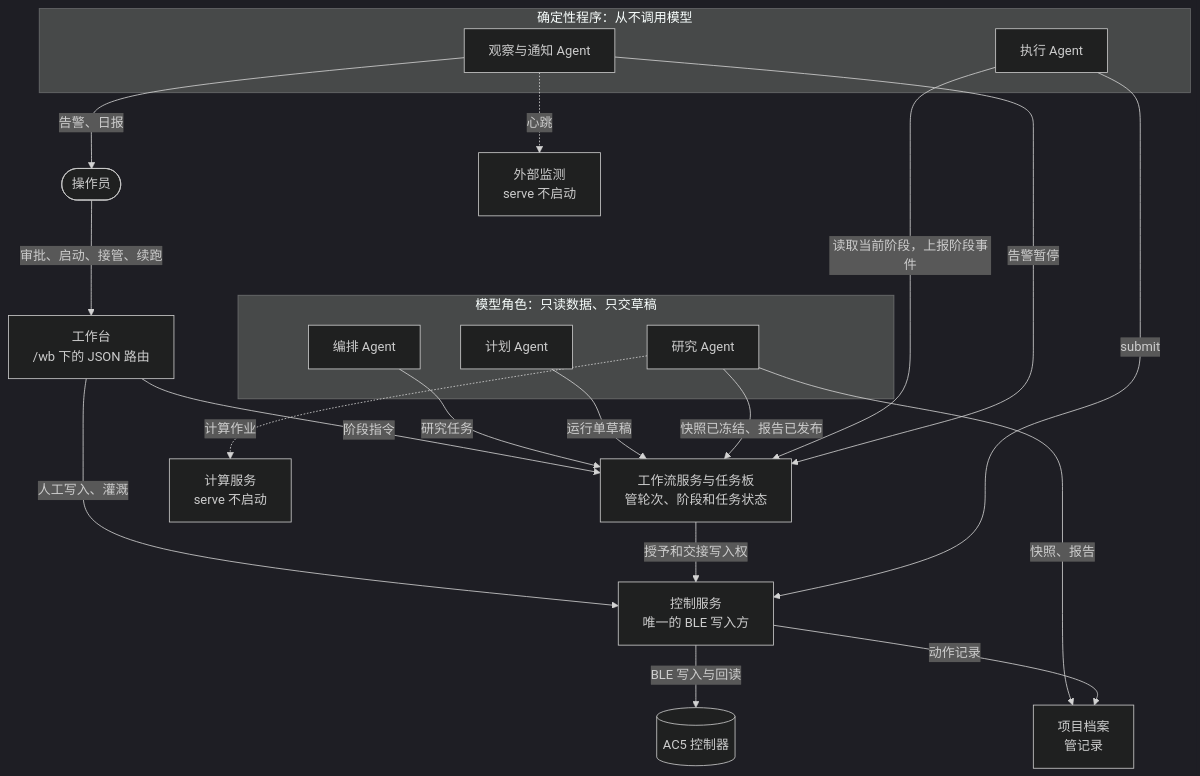
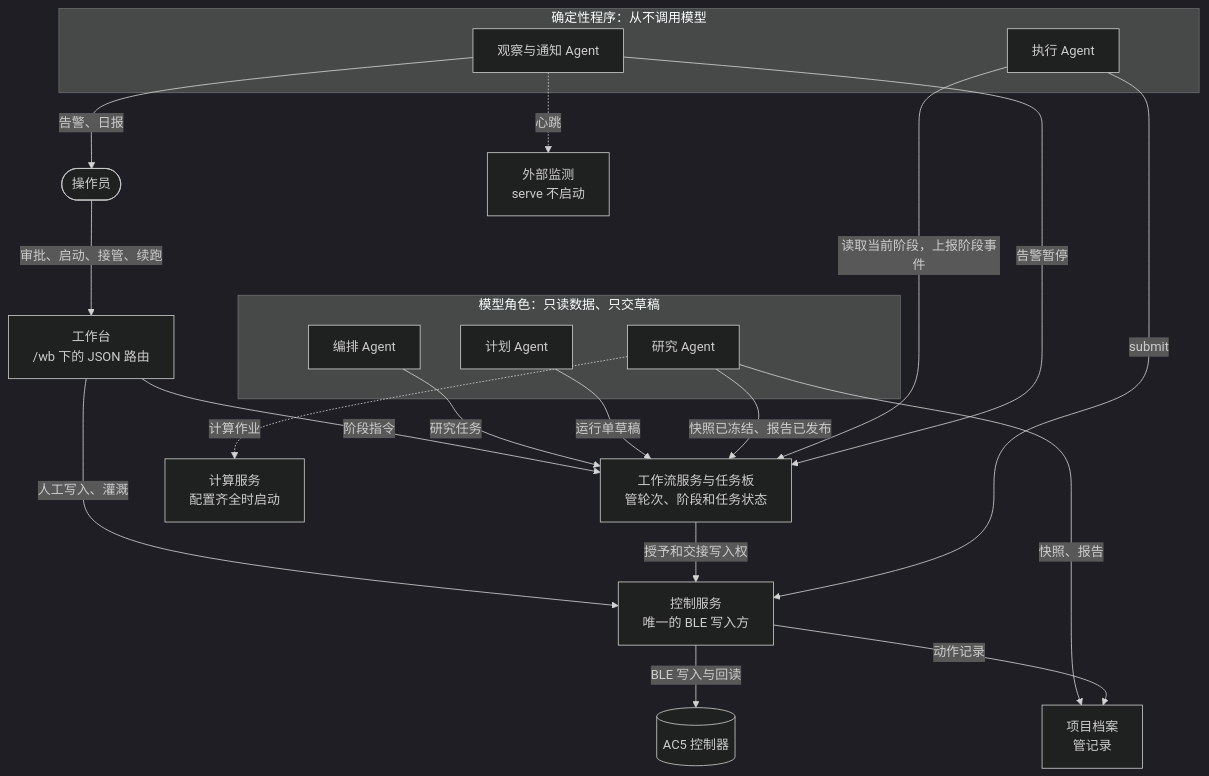
One commit to kirinhcl/diagri changed the diagram in docs/wiki/zh-CN/Architecture.md. Above: the diagram before and after it, drawn with Mermaid (dark theme). The commit also changed other lines of this file and 26 other files, not shown here.

````diff
--- a/docs/wiki/zh-CN/Architecture.md
+++ b/docs/wiki/zh-CN/Architecture.md
@@ -11,37 +11,37 @@
 ```mermaid
 flowchart TD
     OP(["操作员"])
     subgraph MODEL["模型角色：只读数据、只交草稿"]
         ORC["编排 Agent"]
         PLN["计划 Agent"]
         RES["研究 Agent"]
     end
     WB["工作台<br/>/wb 下的 JSON 路由"]
     WF["工作流服务与任务板<br/>管轮次、阶段和任务状态"]
     subgraph PROG["确定性程序：从不调用模型"]
         EXE["执行 Agent"]
         OBS["观察与通知 Agent"]
     end
     CTL["控制服务<br/>唯一的 BLE 写入方"]
     ARC["项目档案<br/>管记录"]
     AC5[("AC5 控制器")]
-    CMP["计算服务<br/>serve 不启动"]
+    CMP["计算服务<br/>配置齐全时启动"]
     MON["外部监测<br/>serve 不启动"]
 
     OP -->|"审批、启动、接管、续跑"| WB
     WB -->|"阶段指令"| WF
     WB -->|"人工写入、灌溉"| CTL
     ORC -->|"研究任务"| WF
     PLN -->|"运行单草稿"| WF
     RES -->|"快照已冻结、报告已发布"| WF
     RES -->|"快照、报告"| ARC
     WF -->|"授予和交接写入权"| CTL
     EXE -->|"读取当前阶段，上报阶段事件"| WF
     EXE -->|"submit"| CTL
     OBS -->|"告警暂停"| WF
     OBS -->|"告警、日报"| OP
     CTL -->|"BLE 写入与回读"| AC5
     CTL -->|"动作记录"| ARC
     RES -.->|"计算作业"| CMP
     OBS -.->|"心跳"| MON
 ```
````
